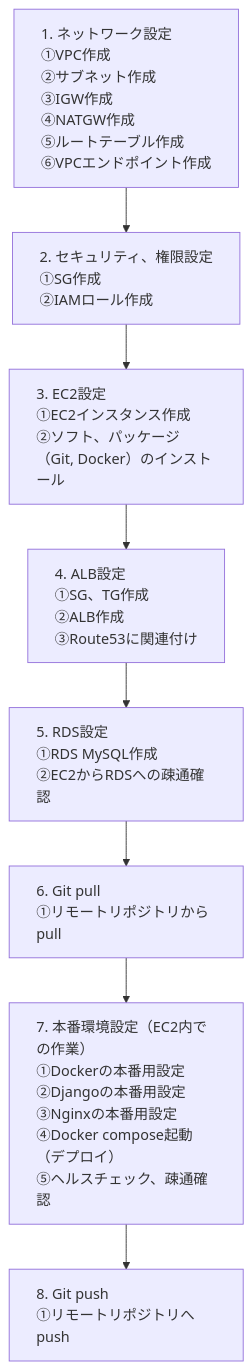
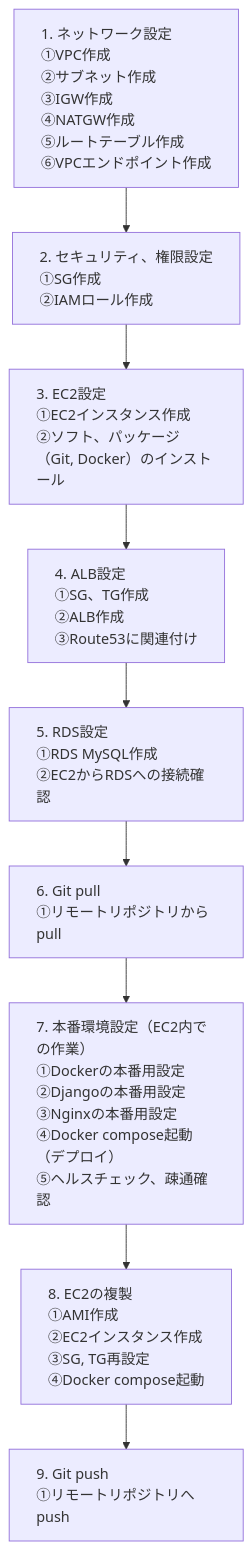
The second of 2 diagrams in README.md (hiro-53-RareTECH/kajimaru-app), drawn with Mermaid before and after one commit. The commit also changed other lines of this file, not shown here.

````diff
--- a/README.md
+++ b/README.md
@@ -695,13 +695,14 @@
 ```mermaid
 flowchart TB
     classDef left text-align:left;
     A[1. ネットワーク設定<br/>①VPC作成<br/>②サブネット作成<br/>③IGW作成<br/>④NATGW作成<br/>⑤ルートテーブル作成<br/>⑥VPCエンドポイント作成]:::left --> 
     B[2. セキュリティ、権限設定<br/>①SG作成<br/>②IAMロール作成]:::left
     B --> C[3. EC2設定<br/>①EC2インスタンス作成<br/>②ソフト、パッケージ（Git, Docker）のインストール]:::left
     C --> D[4. ALB設定<br/>①SG、TG作成<br/>②ALB作成<br/>③Route53に関連付け]:::left
-    D --> E[5. RDS設定<br/>①RDS MySQL作成<br/>②EC2からRDSへの疎通確認]:::left
+    D --> E[5. RDS設定<br/>①RDS MySQL作成<br/>②EC2からRDSへの接続確認]:::left
     E --> F[6. Git pull<br/>①リモートリポジトリからpull]:::left
     F --> G[7. 本番環境設定（EC2内での作業）<br/>①Dockerの本番用設定<br/>②Djangoの本番用設定<br/>③Nginxの本番用設定<br/>④Docker compose起動（デプロイ）<br/>⑤ヘルスチェック、疎通確認]:::left
-    G --> H[8. Git push<br/>①リモートリポジトリへpush]:::left
+    G --> H[8. EC2の複製<br/>①AMI作成<br/>②EC2インスタンス作成<br/>③SG, TG再設定<br/>④Docker compose起動]:::left
+    H --> I[9. Git push<br/>①リモートリポジトリへpush]:::left
 
 ```
````
